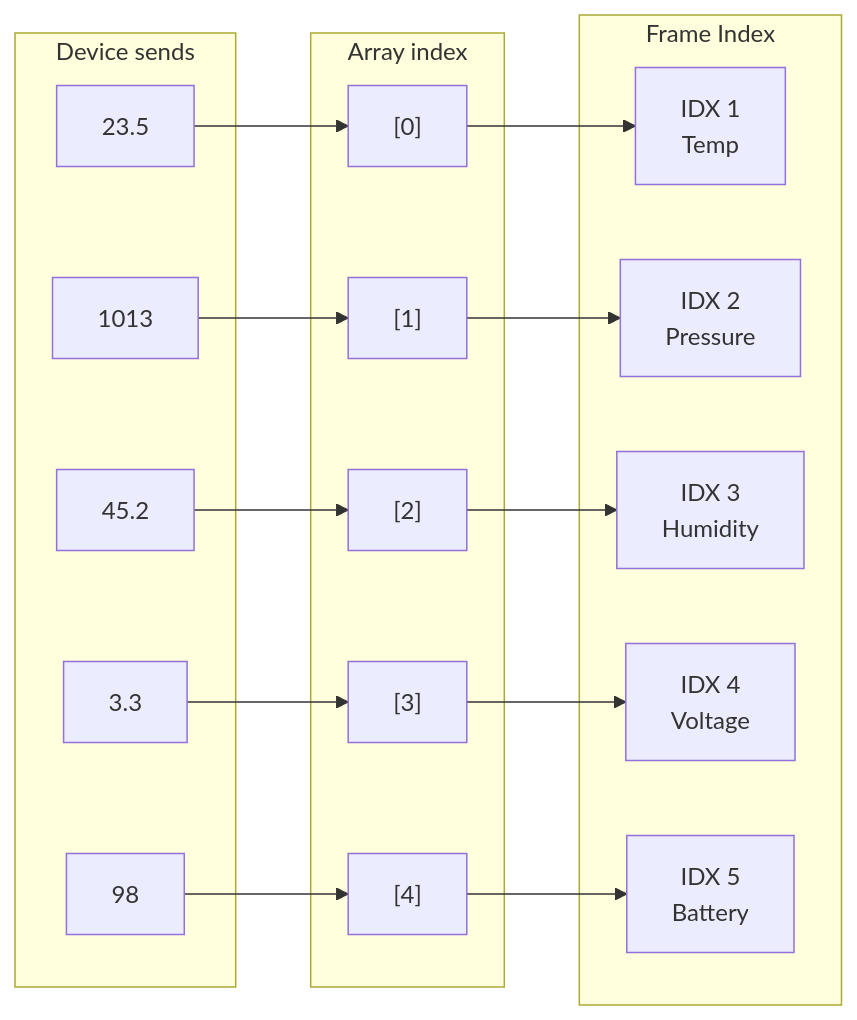
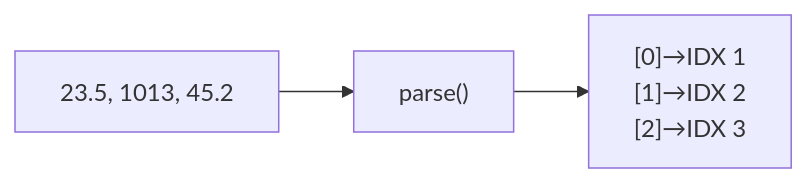
One commit to Serial-Studio/Serial-Studio changed the second of 2 diagrams in doc/help/Project-Editor.md. Above: the diagram before and after it, drawn with Mermaid. The commit also changed other lines of this file and 11 other files, not shown here.

````diff
--- a/doc/help/Project-Editor.md
+++ b/doc/help/Project-Editor.md
@@ -41,32 +28,5 @@
 ```mermaid
 flowchart LR
-    subgraph Device["Device sends"]
-        V1["23.5"]
-        V2["1013"]
-        V3["45.2"]
-        V4["3.3"]
-        V5["98"]
-    end
-
-    subgraph Index["Array index"]
-        I0["[0]"]
-        I1["[1]"]
-        I2["[2]"]
-        I3["[3]"]
-        I4["[4]"]
-    end
-
-    subgraph Frame["Frame Index"]
-        F1["IDX 1\nTemp"]
-        F2["IDX 2\nPressure"]
-        F3["IDX 3\nHumidity"]
-        F4["IDX 4\nVoltage"]
-        F5["IDX 5\nBattery"]
-    end
-
-    V1 --> I0 --> F1
-    V2 --> I1 --> F2
-    V3 --> I2 --> F3
-    V4 --> I3 --> F4
-    V5 --> I4 --> F5
+    A["23.5, 1013, 45.2"] --> B["parse()"]
+    B --> C["[0]→IDX 1\n[1]→IDX 2\n[2]→IDX 3"]
 ```
````
